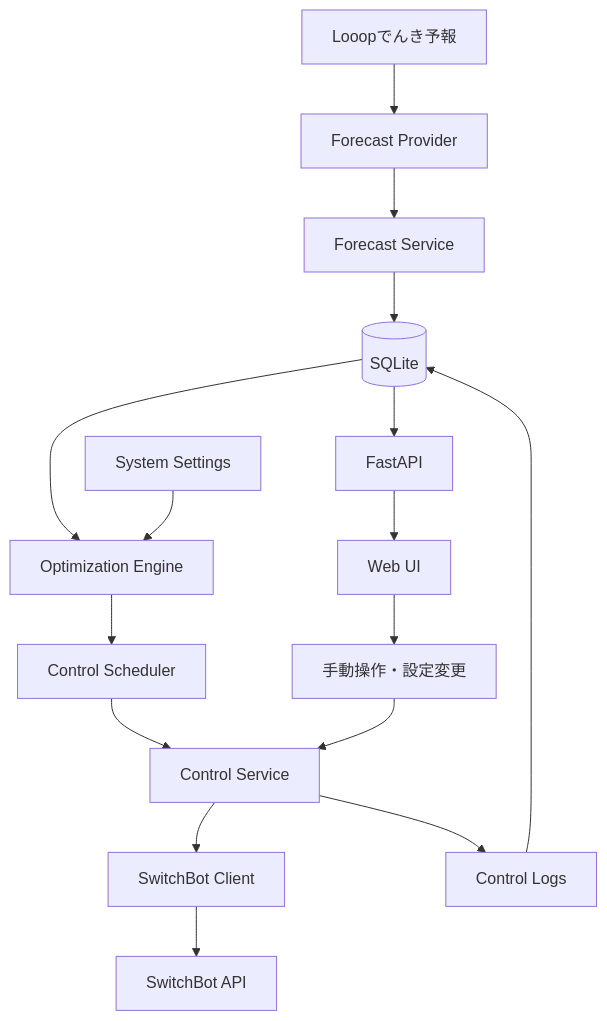
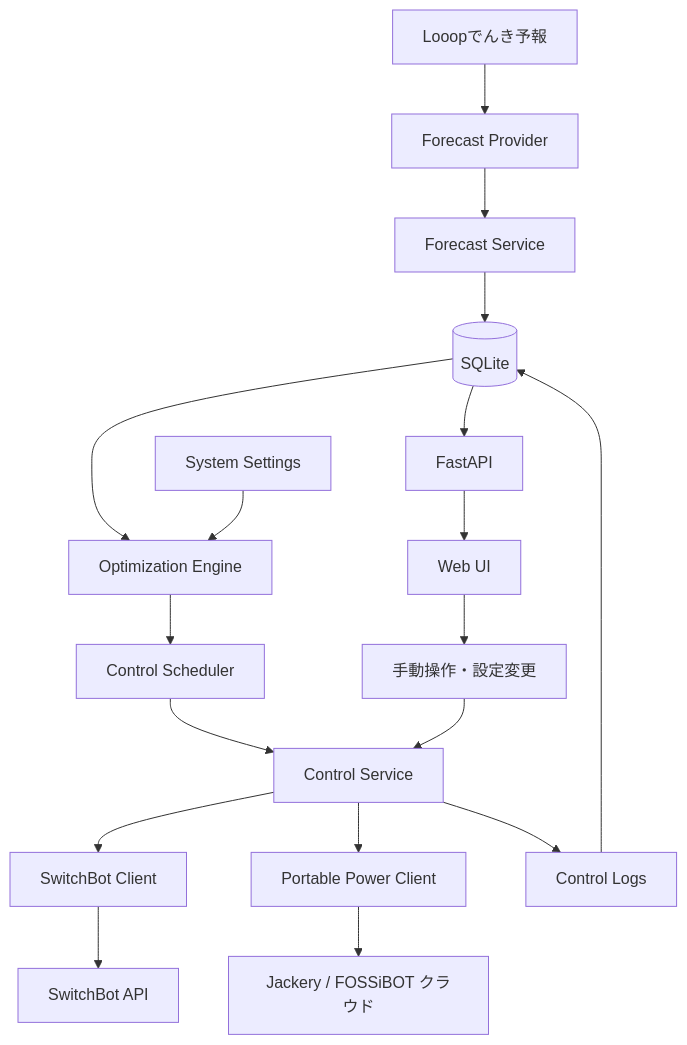
Before and after one commit to yuta-takahashi1996/looop-smart-plug-controll: the diagram in docs/03-architecture.md, drawn with Mermaid. The commit also changed other lines of this file and 13 other files, not shown here.

````diff
--- a/docs/03-architecture.md
+++ b/docs/03-architecture.md
@@ -5,24 +5,27 @@
 ```mermaid
 flowchart TD
     A[Looopでんき予報] --> B[Forecast Provider]
     B --> C[Forecast Service]
     C --> D[(SQLite)]
 
     D --> E[Optimization Engine]
     F[System Settings] --> E
 
     E --> G[Control Scheduler]
     G --> H[Control Service]
 
     H --> I[SwitchBot Client]
     I --> J[SwitchBot API]
 
+    H --> P[Portable Power Client]
+    P --> Q[Jackery / FOSSiBOT クラウド]
+
     D --> K[FastAPI]
     K --> L[Web UI]
 
     L --> M[手動操作・設定変更]
     M --> H
 
     H --> N[Control Logs]
     N --> D
 ```
````
